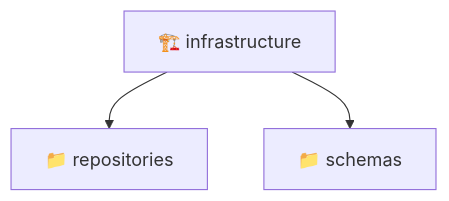
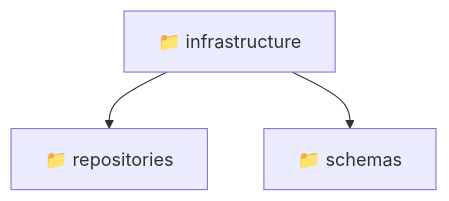
Before and after one commit to beginwebdev2002/fullstack-mavluda: the diagram in backend/src/modules/admin-settings/infrastructure/README.md, drawn with Mermaid. The commit also changed other lines of this file and 159 other files, not shown here.

````diff
--- a/backend/src/modules/admin-settings/infrastructure/README.md
+++ b/backend/src/modules/admin-settings/infrastructure/README.md
@@ -11,6 +9,6 @@
 ```mermaid
 graph TD
-  infrastructure["🏗️ infrastructure"]
-  infrastructure --> infrastructure_repositories["📁 repositories"]
-  infrastructure --> infrastructure_schemas["📁 schemas"]
+  Root["📁 infrastructure"]
+  Root --> repositories["📁 repositories"]
+  Root --> schemas["📁 schemas"]
 ```
````
